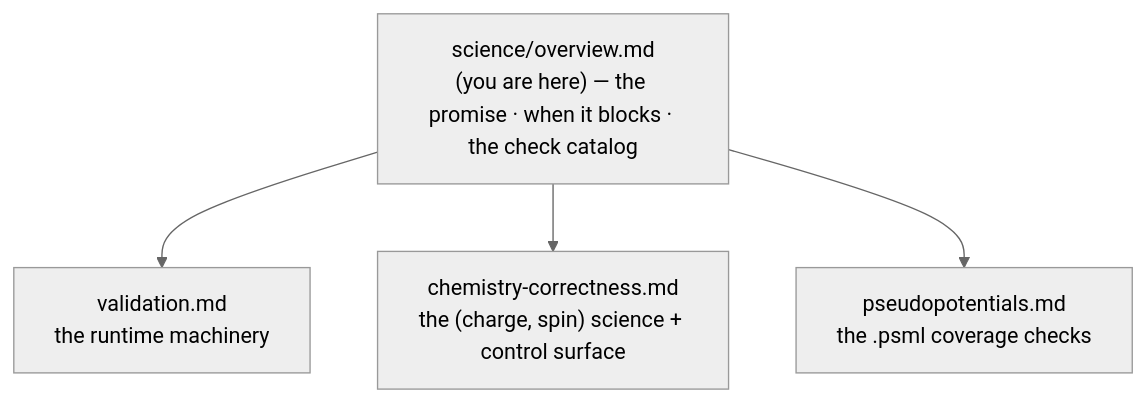
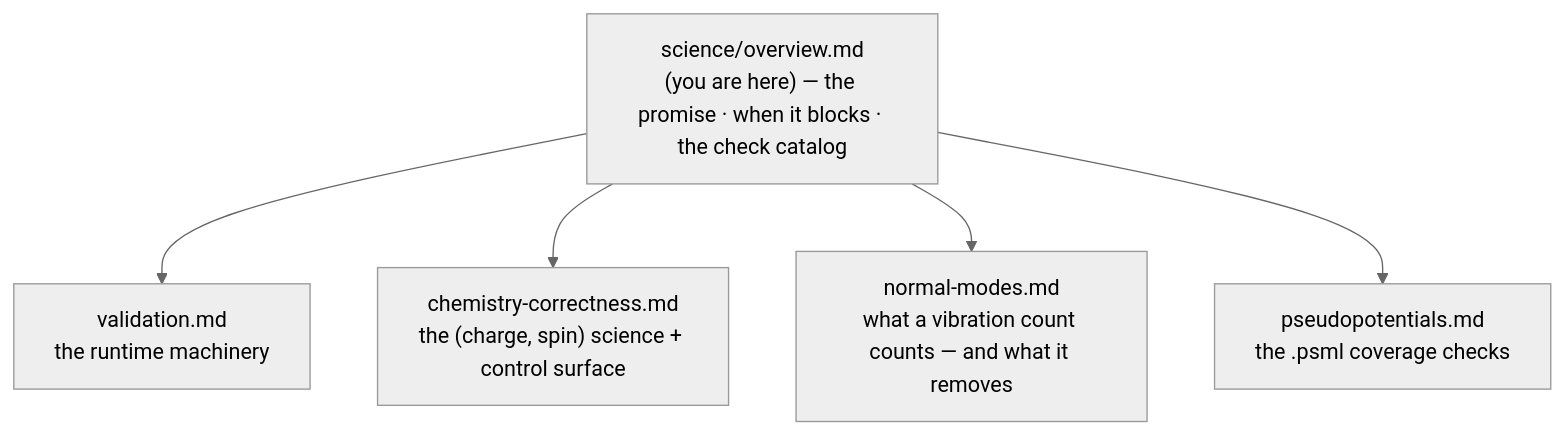
One commit to Qing-LAB/molbuilder changed the first of 3 diagrams in docs/science/overview.md. Above: the diagram before and after it, drawn with Mermaid (neutral theme). The commit also changed other lines of this file and 11 other files, not shown here.

First line of the commit message:
science: a home for what a vibration calculation counts, and what it must remove

````diff
--- a/docs/science/overview.md
+++ b/docs/science/overview.md
@@ -26,10 +26,12 @@
 ```mermaid
 flowchart TD
     O["science/overview.md<br/>(you are here) — the promise · when it blocks · the check catalog"]
     V["validation.md<br/>the runtime machinery"]
     C["chemistry-correctness.md<br/>the (charge, spin) science + control surface"]
+    N["normal-modes.md<br/>what a vibration count counts — and what it removes"]
     P["pseudopotentials.md<br/>the .psml coverage checks"]
     O --> V
     O --> C
+    O --> N
     O --> P
 ```
````
